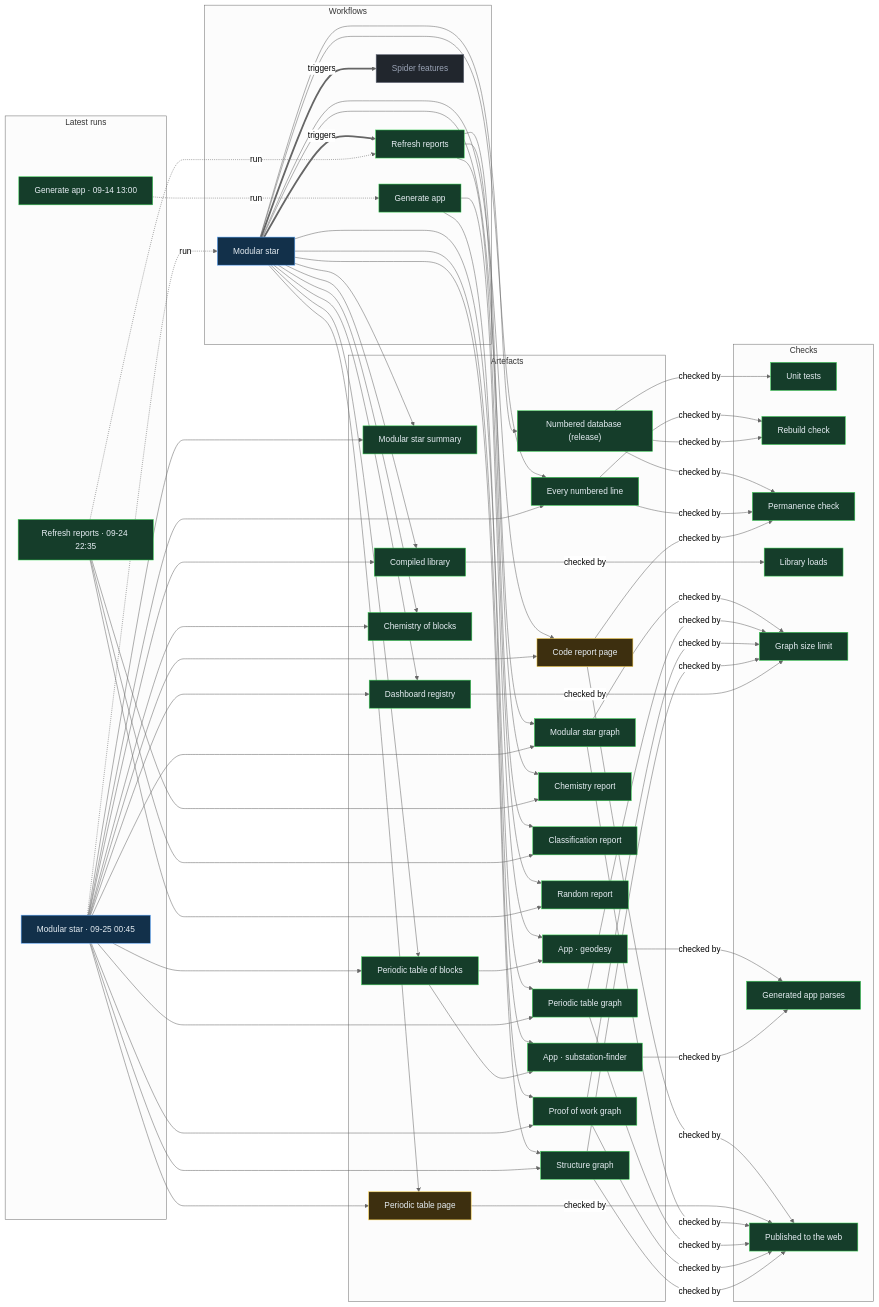
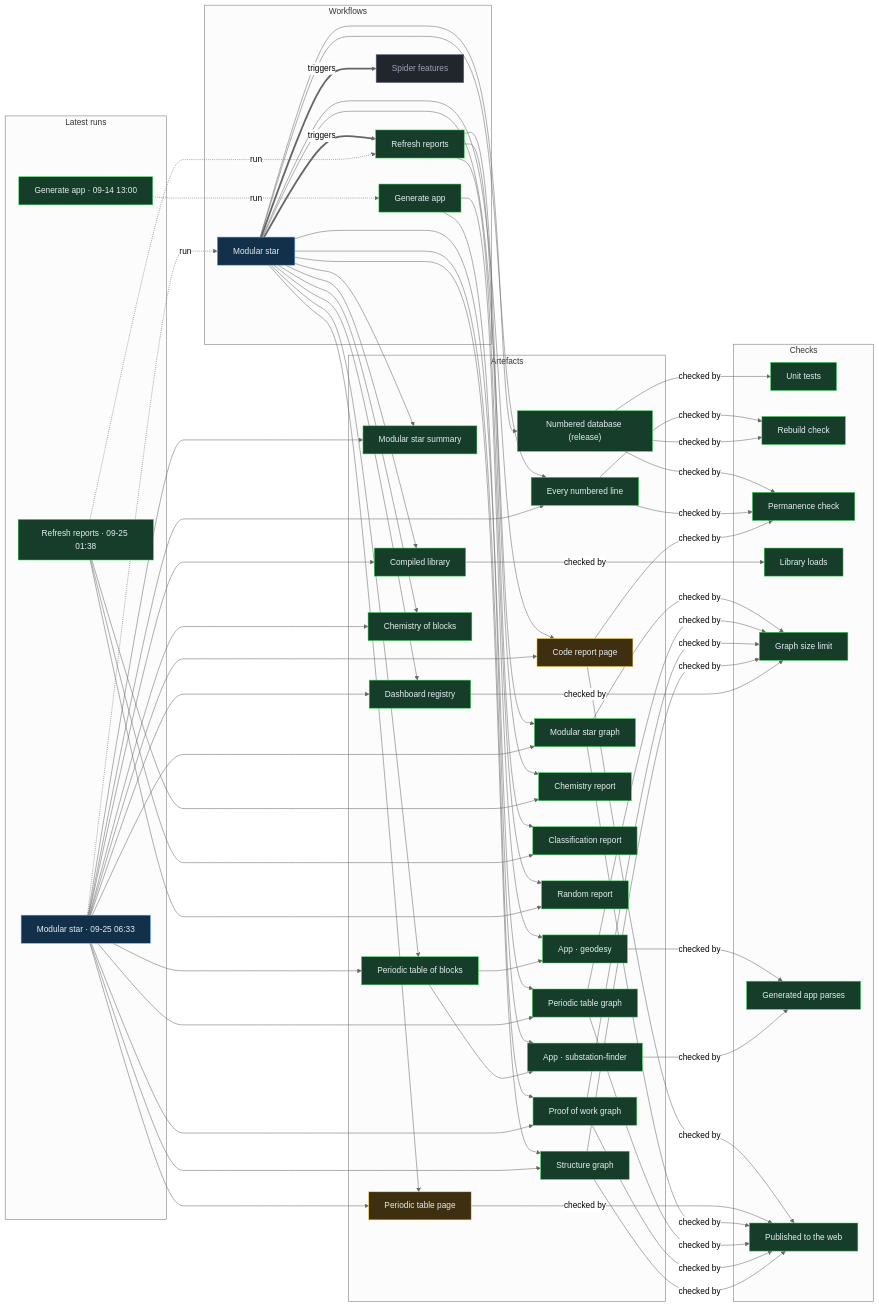
The diagram in proof/PROOF.md (Ventusltd/stars), drawn with Mermaid (neutral theme) before and after one commit. The commit also changed other lines of this file and 135 other files, not shown here.

Commit message:
Modular star 2026-09-25T06:36Z

```diff
--- a/proof/PROOF.md
+++ b/proof/PROOF.md
@@ -24,8 +24,8 @@
   n_wf_spider_features["Spider features"]:::off
   end
   subgraph g_runs["Latest runs"]
-  n_run_36079038461["Modular star · 09-25 00:45"]:::live
-  n_run_36068251886["Refresh reports · 09-24 22:35"]:::ok
+  n_run_36103417678["Modular star · 09-25 06:33"]:::live
+  n_run_36082919245["Refresh reports · 09-25 01:38"]:::ok
   n_run_34846587798["Generate app · 09-14 13:00"]:::ok
   end
   subgraph g_artefacts["Artefacts"]
@@ -59,39 +59,39 @@
   end
   n_wf_modular_star == triggers ==> n_wf_refresh
   n_wf_modular_star == triggers ==> n_wf_spider_features
-  n_run_36079038461 -. run .-> n_wf_modular_star
-  n_run_36068251886 -. run .-> n_wf_refresh
+  n_run_36103417678 -. run .-> n_wf_modular_star
+  n_run_36082919245 -. run .-> n_wf_refresh
   n_run_34846587798 -. run .-> n_wf_generate
   n_wf_modular_star --> n_art_summary
-  n_run_36079038461 --> n_art_summary
+  n_run_36103417678 --> n_art_summary
   n_wf_modular_star --> n_art_lines
-  n_run_36079038461 --> n_art_lines
+  n_run_36103417678 --> n_art_lines
   n_wf_modular_star --> n_art_code
-  n_run_36079038461 --> n_art_code
+  n_run_36103417678 --> n_art_code
   n_wf_modular_star --> n_art_modular_graph
-  n_run_36079038461 --> n_art_modular_graph
+  n_run_36103417678 --> n_art_modular_graph
   n_wf_modular_star --> n_art_blocks
-  n_run_36079038461 --> n_art_blocks
+  n_run_36103417678 --> n_art_blocks
   n_wf_modular_star --> n_art_table
-  n_run_36079038461 --> n_art_table
+  n_run_36103417678 --> n_art_table
   n_wf_modular_star --> n_art_blocks_graph
-  n_run_36079038461 --> n_art_blocks_graph
+  n_run_36103417678 --> n_art_blocks_graph
   n_wf_modular_star --> n_art_reactions
-  n_run_36079038461 --> n_art_reactions
+  n_run_36103417678 --> n_art_reactions
   n_wf_modular_star --> n_art_library
-  n_run_36079038461 --> n_art_library
+  n_run_36103417678 --> n_art_library
   n_wf_modular_star --> n_art_features
-  n_run_36079038461 --> n_art_features
+  n_run_36103417678 --> n_art_features
   n_wf_modular_star --> n_art_proof
-  n_run_36079038461 --> n_art_proof
+  n_run_36103417678 --> n_art_proof
   n_wf_modular_star --> n_art_structure
-  n_run_36079038461 --> n_art_structure
+  n_run_36103417678 --> n_art_structure
   n_wf_refresh --> n_art_chemistry
-  n_run_36068251886 --> n_art_chemistry
+  n_run_36082919245 --> n_art_chemistry
   n_wf_refresh --> n_art_vedic
-  n_run_36068251886 --> n_art_vedic
+  n_run_36082919245 --> n_art_vedic
   n_wf_refresh --> n_art_random
-  n_run_36068251886 --> n_art_random
+  n_run_36082919245 --> n_art_random
   n_wf_modular_star --> n_art_release
   n_wf_generate --> n_app_geodesy
   n_art_blocks --> n_app_geodesy
```
